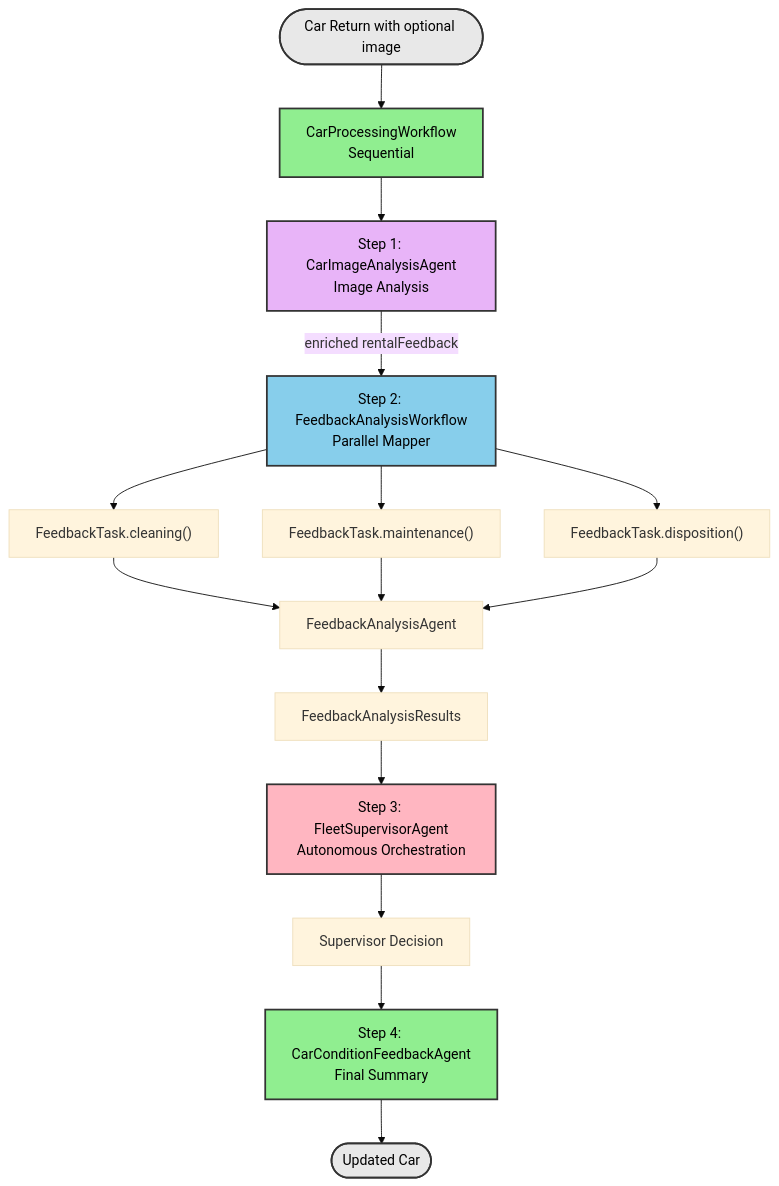
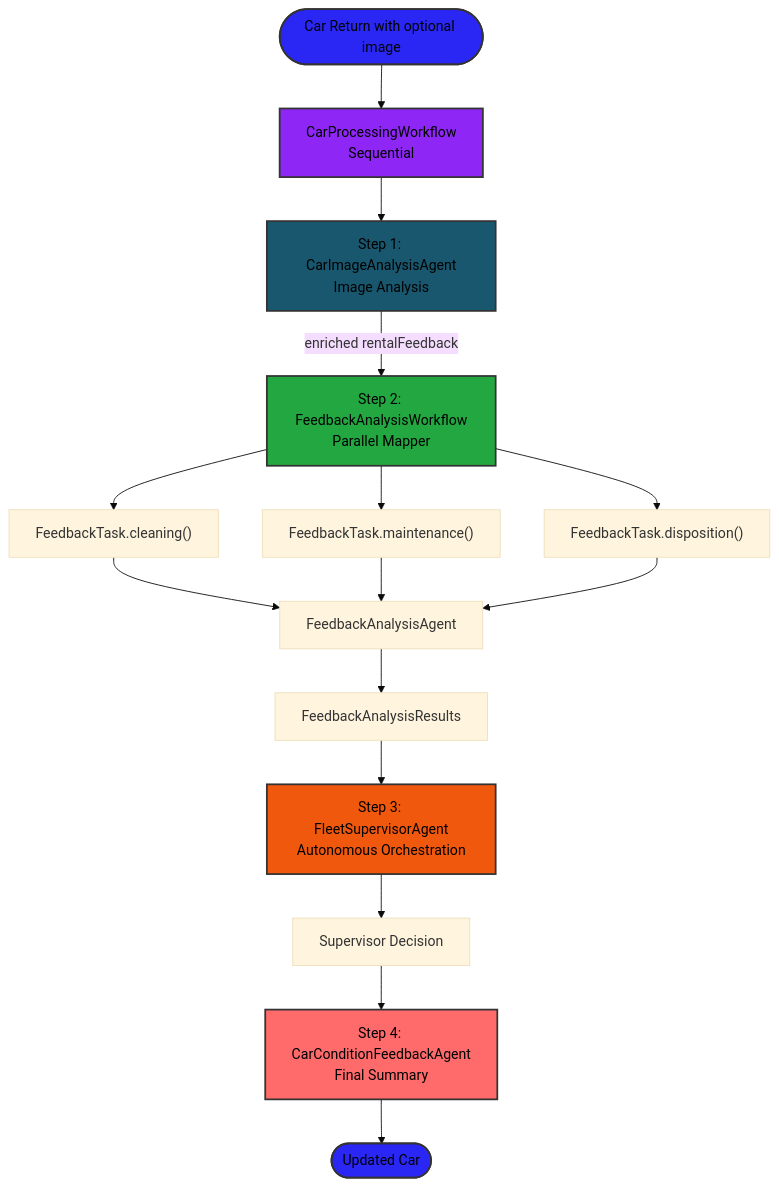
The first of 2 diagrams in docs/docs/section-2/step-06.md (OpenLiberty/liberty-workshop-langchain4j), drawn with Mermaid (base theme) before and after one commit. The commit also changed other lines of this file and 8 other files, not shown here.

````diff
--- a/docs/docs/section-2/step-06.md
+++ b/docs/docs/section-2/step-06.md
@@ -65,28 +72,28 @@
 ```mermaid
 graph TB
     Start(["Car Return with optional image"]) --> A["CarProcessingWorkflow<br/>Sequential"]
 
     A --> IMG["Step 1: CarImageAnalysisAgent<br/>Image Analysis"]
     IMG -->|"enriched rentalFeedback"| B["Step 2: FeedbackAnalysisWorkflow<br/>Parallel Mapper"]
     B --> B1["FeedbackTask.cleaning()"]
     B --> B2["FeedbackTask.maintenance()"]
     B --> B3["FeedbackTask.disposition()"]
     B1 --> BA["FeedbackAnalysisAgent"]
     B2 --> BA
     B3 --> BA
     BA --> BEnd["FeedbackAnalysisResults"]
 
     BEnd --> C["Step 3: FleetSupervisorAgent<br/>Autonomous Orchestration"]
     C --> CEnd["Supervisor Decision"]
 
     CEnd --> D["Step 4: CarConditionFeedbackAgent<br/>Final Summary"]
     D --> End(["Updated Car"])
 
-    style A fill:#90EE90,stroke:#333,stroke-width:2,color:#000
-    style IMG fill:#E8B4F8,stroke:#333,stroke-width:2,color:#000
-    style B fill:#87CEEB,stroke:#333,stroke-width:2,color:#000
-    style C fill:#FFB6C1,stroke:#333,stroke-width:2,color:#000
-    style D fill:#90EE90,stroke:#333,stroke-width:2,color:#000
-    style Start fill:#E8E8E8,stroke:#333,stroke-width:2,color:#000
-    style End fill:#E8E8E8,stroke:#333,stroke-width:2,color:#000
+    style A fill:#8E27F5,stroke:#333,stroke-width:2,color:#000
+    style IMG fill:#19576E,stroke:#333,stroke-width:2,color:#000
+    style B fill:#23A841,stroke:#333,stroke-width:2,color:#000
+    style C fill:#F0580E,stroke:#333,stroke-width:2,color:#000
+    style D fill:#FF6B6B,stroke:#333,stroke-width:2,color:#000
+    style Start fill:#2A27F5,stroke:#333,stroke-width:2,color:#000
+    style End fill:#2A27F5,stroke:#333,stroke-width:2,color:#000
 ```
````
